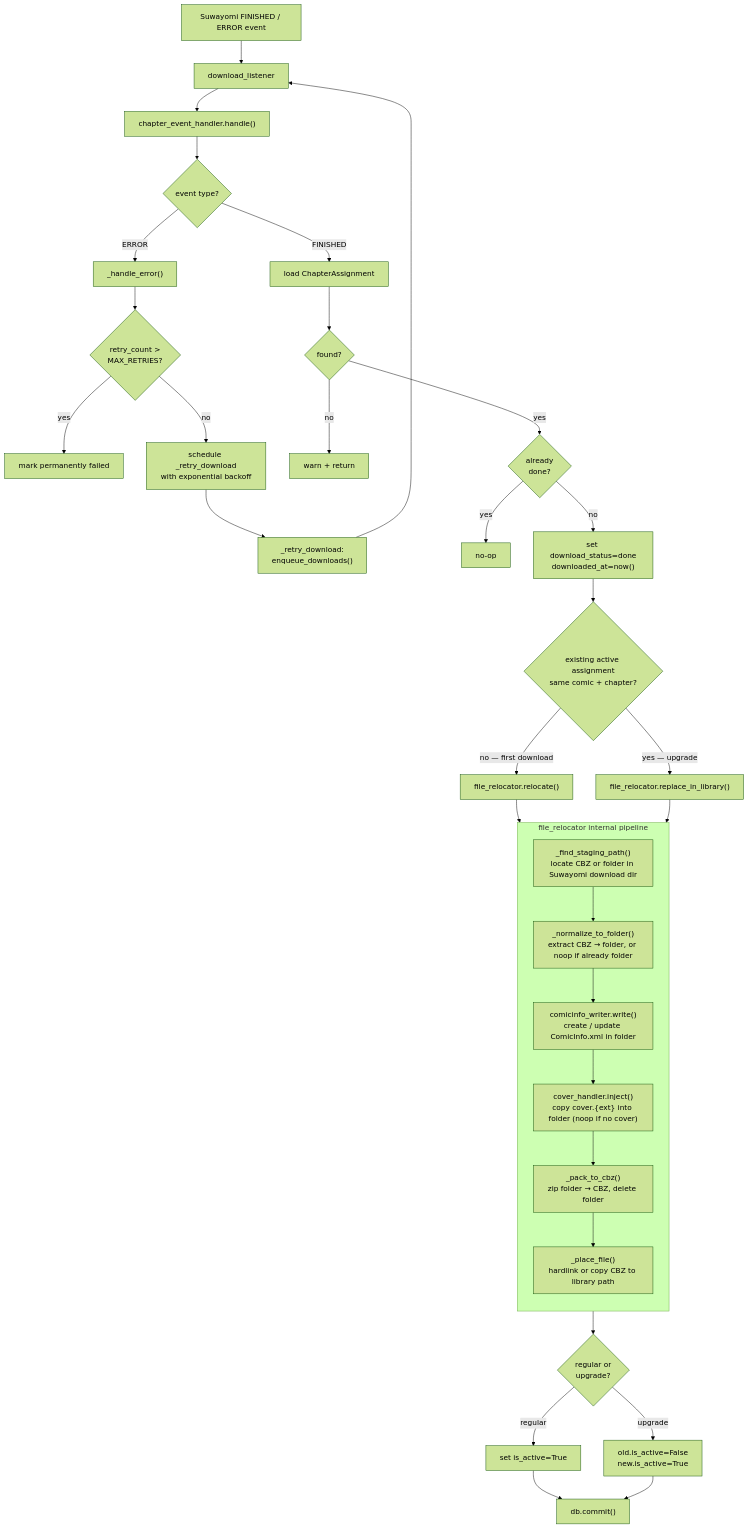
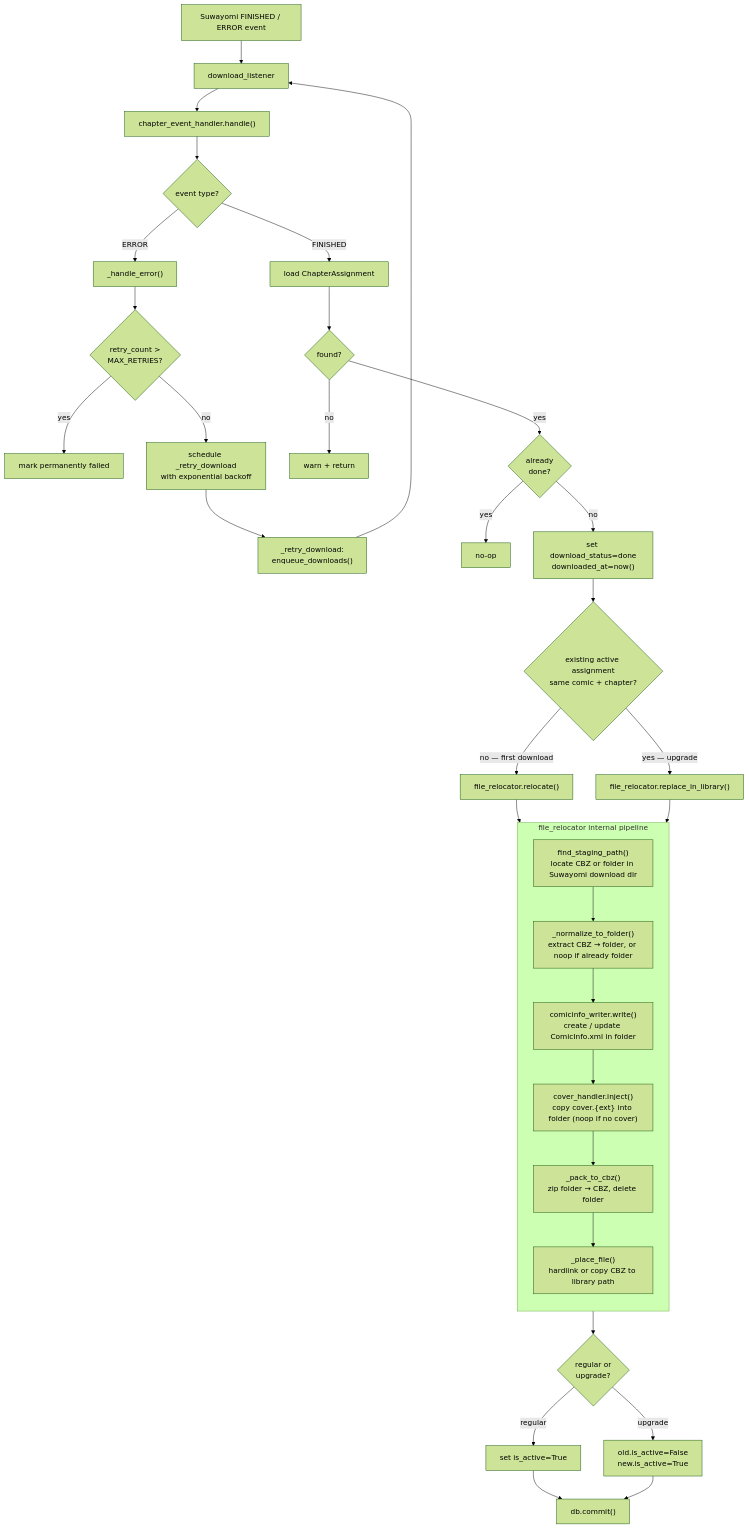
One commit to Svagtlys/Otaki changed the diagram in docs/ARCHITECTURE.md. Above: the diagram before and after it, drawn with Mermaid (forest theme). The commit also changed other lines of this file and 5 other files, not shown here.

````diff
--- a/docs/ARCHITECTURE.md
+++ b/docs/ARCHITECTURE.md
@@ -481,45 +481,45 @@
 ```mermaid
 flowchart TD
     A["Suwayomi FINISHED / ERROR event"] --> B["download_listener"]
     B --> C["chapter_event_handler.handle()"]
 
     C --> D{event type?}
     D -->|ERROR| ERR["_handle_error()"]
     D -->|FINISHED| F["load ChapterAssignment"]
 
     ERR --> ER1{retry_count ><br>MAX_RETRIES?}
     ER1 -->|yes| ER2["mark permanently failed"]
     ER1 -->|no| ER3["schedule _retry_download<br>with exponential backoff"]
     ER3 --> ER4["_retry_download:<br>enqueue_downloads()"]
     ER4 --> B
 
     F --> G{found?}
     G -->|no| WARN["warn + return"]
     G -->|yes| IDEM{already<br>done?}
     IDEM -->|yes| NOP["no-op"]
     IDEM -->|no| K["set download_status=done<br>downloaded_at=now()"]
 
     K --> L{"existing active assignment<br>same comic + chapter?"}
     L -->|"no — first download"| REL["file_relocator.relocate()"]
     L -->|"yes — upgrade"| UPG["file_relocator.replace_in_library()"]
 
     REL --> PIPE
     UPG --> PIPE
 
     subgraph PIPE ["file_relocator internal pipeline"]
         direction TB
-        S1["_find_staging_path()<br>locate CBZ or folder in Suwayomi download dir"]
+        S1["find_staging_path()<br>locate CBZ or folder in Suwayomi download dir"]
         S2["_normalize_to_folder()<br>extract CBZ → folder, or noop if already folder"]
         S3["comicinfo_writer.write()<br>create / update ComicInfo.xml in folder"]
         S4["cover_handler.inject()<br>copy cover.{ext} into folder (noop if no cover)"]
         S5["_pack_to_cbz()<br>zip folder → CBZ, delete folder"]
         S6["_place_file()<br>hardlink or copy CBZ to library path"]
         S1 --> S2 --> S3 --> S4 --> S5 --> S6
     end
 
     PIPE --> ACT{"regular or<br>upgrade?"}
     ACT -->|regular| ACT1["set is_active=True"]
     ACT -->|upgrade| ACT2["old.is_active=False<br>new.is_active=True"]
     ACT1 --> CMT["db.commit()"]
     ACT2 --> CMT
 ```
````
